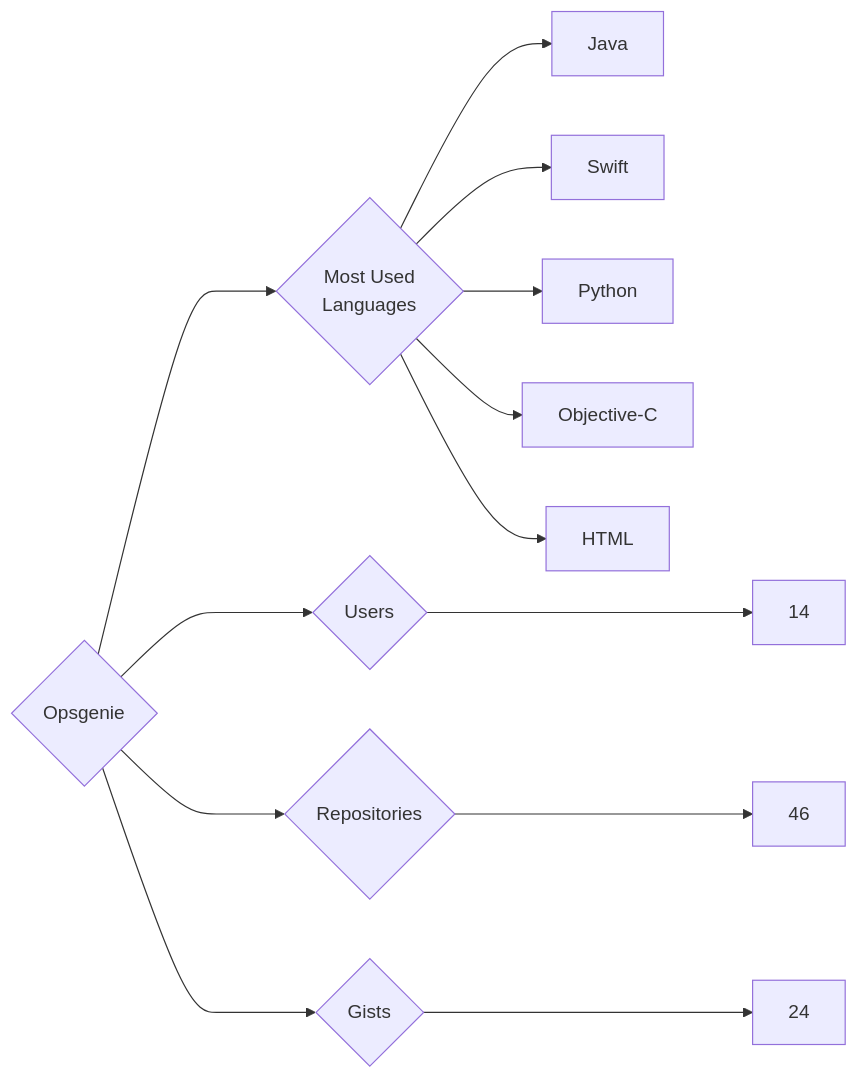
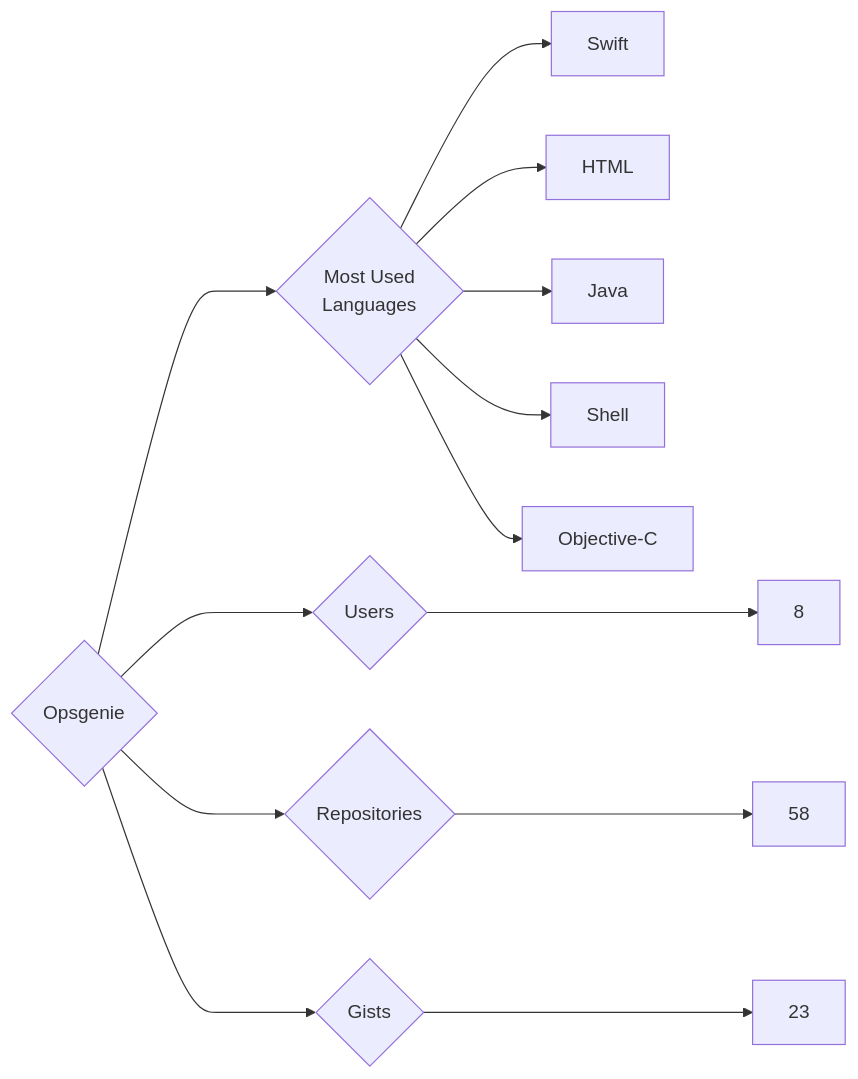
The diagram in targets/Opsgenie/README.md (trickest/insiders), drawn with Mermaid before and after one commit. The commit also changed 1389 other files, not shown here.

````diff
--- a/targets/Opsgenie/README.md
+++ b/targets/Opsgenie/README.md
@@ -3,13 +3,13 @@
 ```mermaid
 graph LR
 COMPANY_NAME{Opsgenie}
-COMPANY_NAME ---> U{Users} ---> UN[14]
-COMPANY_NAME ---> R{Repositories} ---> RN[46]
-COMPANY_NAME ---> G{Gists} ---> GN[24]
+COMPANY_NAME ---> U{Users} ---> UN[8]
+COMPANY_NAME ---> R{Repositories} ---> RN[58]
+COMPANY_NAME ---> G{Gists} ---> GN[23]
 COMPANY_NAME ---> ML{Most Used<br>Languages}
+ML --> Swift[Swift]
+ML --> HTML[HTML]
 ML --> Java[Java]
-ML --> Swift[Swift]
-ML --> Python[Python]
+ML --> Shell[Shell]
 ML --> Objective-C[Objective-C]
-ML --> HTML[HTML]
 ```
````
